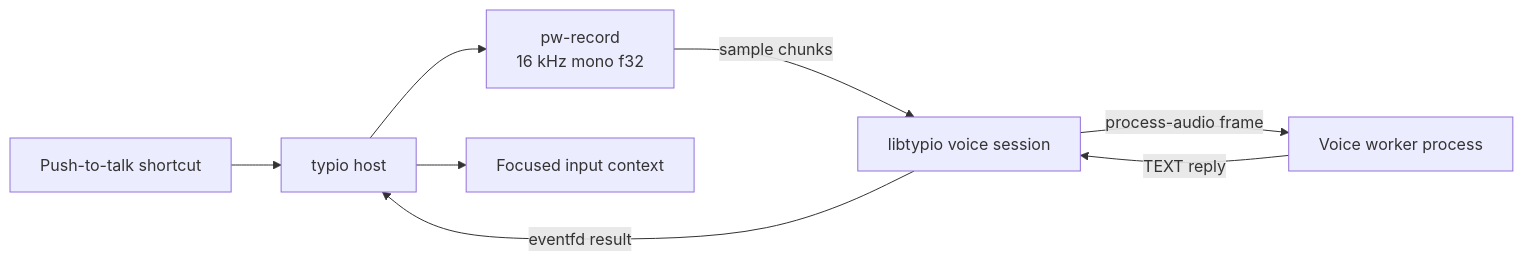
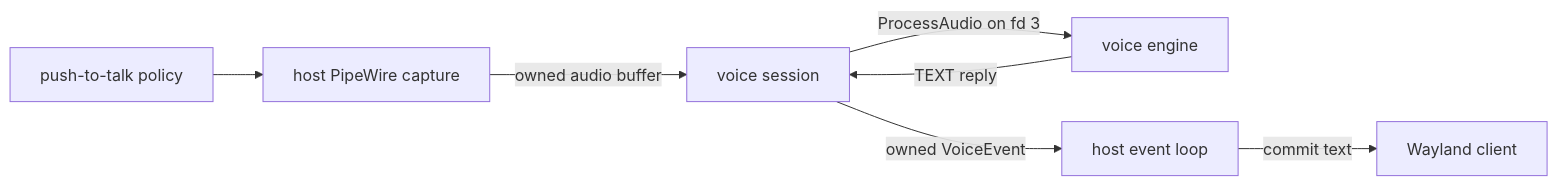
Before and after one commit to typio-ime/typio: the diagram in crates/typio-core/docs/explanation/voice-input.md, drawn with Mermaid. The commit also changed other lines of this file and 211 other files, not shown here.

````diff
--- a/crates/typio-core/docs/explanation/voice-input.md
+++ b/crates/typio-core/docs/explanation/voice-input.md
@@ -9,17 +6,9 @@
 ```mermaid
 flowchart LR
-    Key[Push-to-talk shortcut]
-    Host[typio host]
-    Capture[pw-record<br/>16 kHz mono f32]
-    Session[libtypio voice session]
-    Worker[Voice worker process]
-    Context[Focused input context]
-
-    Key --> Host
-    Host --> Capture
-    Capture -->|sample chunks| Session
-    Session -->|process-audio frame| Worker
-    Worker -->|TEXT reply| Session
-    Session -->|eventfd result| Host
-    Host --> Context
+    K[push-to-talk policy] --> C[host PipeWire capture]
+    C -->|owned audio buffer| S[voice session]
+    S -->|ProcessAudio on fd 3| E[voice engine]
+    E -->|TEXT reply| S
+    S -->|owned VoiceEvent| H[host event loop]
+    H -->|commit text| W[Wayland client]
 ```
````
